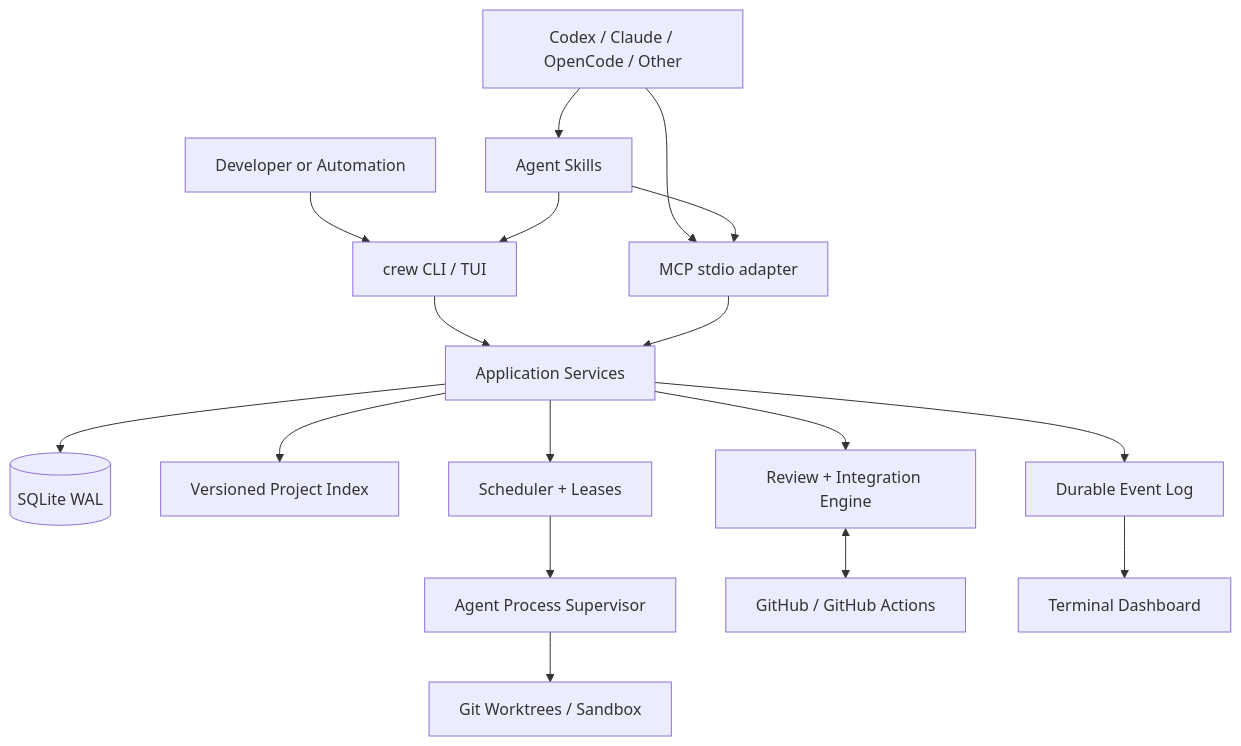
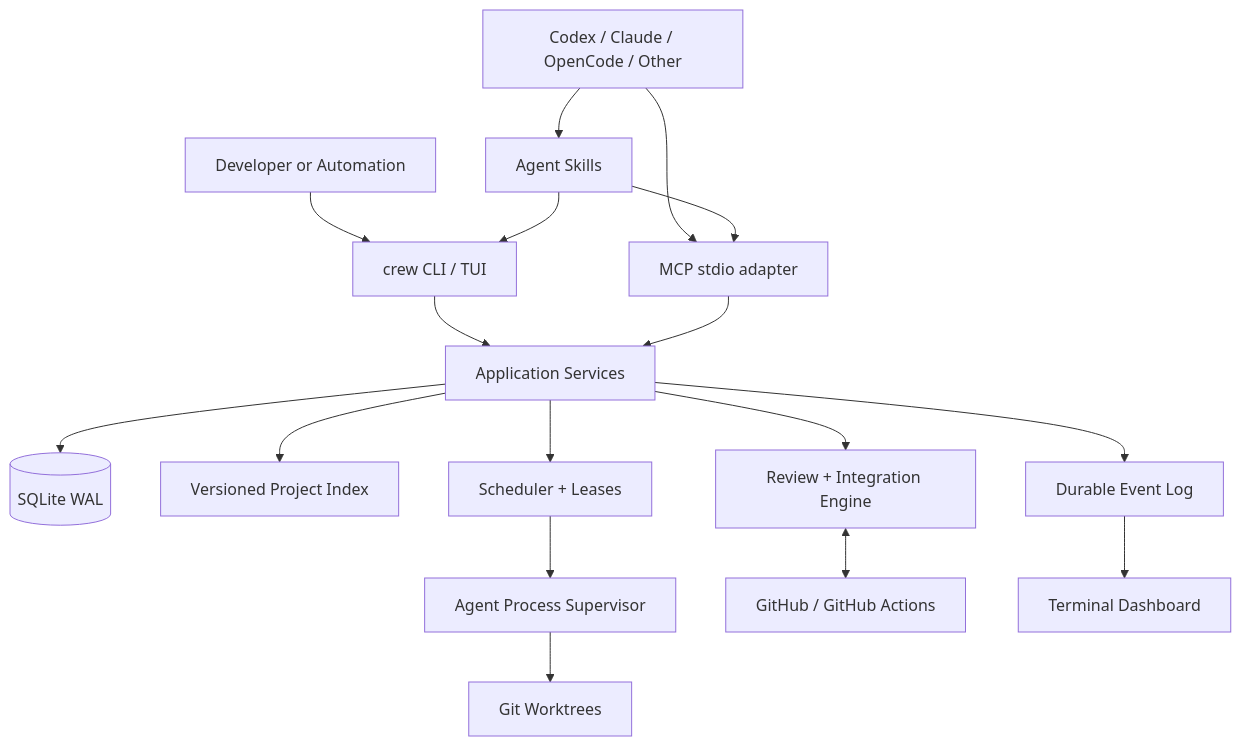
Before and after one commit to orafaelfragoso/crewyard: the first of 4 diagrams in docs/architecture/overview.md, drawn with Mermaid. The commit also changed other lines of this file and 165 other files, not shown here.

````diff
--- a/docs/architecture/overview.md
+++ b/docs/architecture/overview.md
@@ -7,19 +7,19 @@
 ```mermaid
 flowchart TB
   U[Developer or Automation] --> CLI[crew CLI / TUI]
   A[Codex / Claude / OpenCode / Other] --> MCP[MCP stdio adapter]
   A --> SK[Agent Skills]
   SK --> CLI
   SK --> MCP
   CLI --> CORE[Application Services]
   MCP --> CORE
   CORE --> DB[(SQLite WAL)]
   CORE --> IDX[Versioned Project Index]
   CORE --> SCH[Scheduler + Leases]
   CORE --> INT[Review + Integration Engine]
   SCH --> WRK[Agent Process Supervisor]
-  WRK --> WT[Git Worktrees / Sandbox]
+  WRK --> WT[Git Worktrees]
   INT <--> GH[GitHub / GitHub Actions]
   CORE --> EVT[Durable Event Log]
   EVT --> TUI[Terminal Dashboard]
 ```
````
